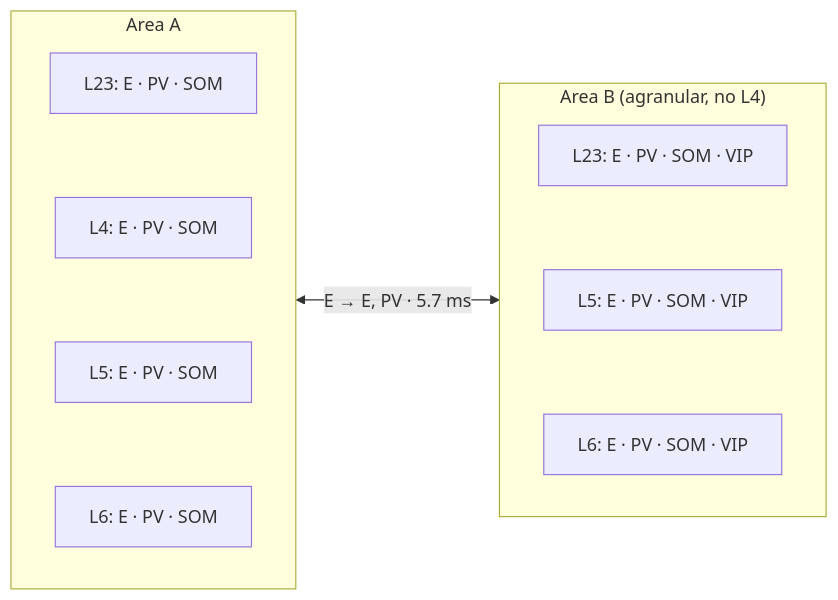
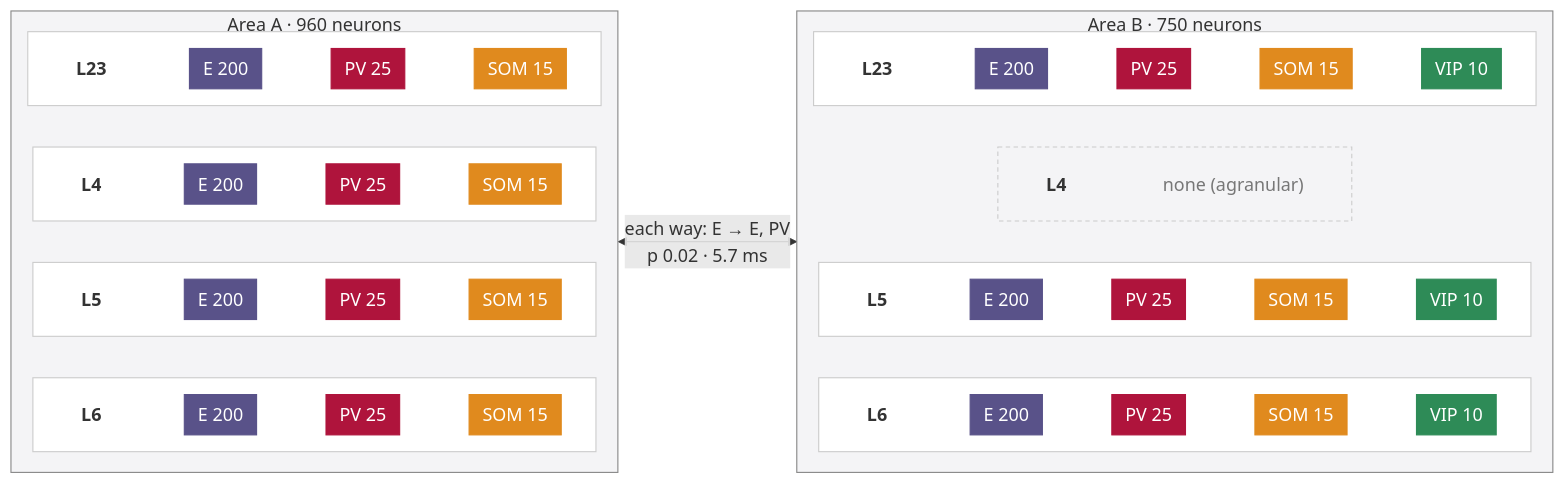
The diagram in builders/toy_two_areas/README.md (shimoura/microcircuit-lab), drawn with Mermaid before and after one commit. The commit also changed other lines of this file and 11 other files, not shown here.

Commit message:
two-area toy: clustered variant and a clearer diagram; raster labels fit the axis

````diff
--- a/builders/toy_two_areas/README.md
+++ b/builders/toy_two_areas/README.md
@@ -13,19 +14,61 @@
 ```mermaid
+%%{init: {"flowchart": {"nodeSpacing": 10, "rankSpacing": 12, "padding": 6, "wrappingWidth": 400}}}%%
 flowchart LR
-  subgraph A["Area A"]
+  subgraph A["Area A · 960 neurons"]
     direction TB
-    A23["L23: E · PV · SOM"]
-    A4["L4: E · PV · SOM"]
-    A5["L5: E · PV · SOM"]
-    A6["L6: E · PV · SOM"]
+    subgraph A23[" "]
+      direction LR
+      a23l["L23"]:::layer ~~~ a23e["E 200"]:::E ~~~ a23p["PV 25"]:::PV ~~~ a23s["SOM 15"]:::SOM
+    end
+    subgraph A4[" "]
+      direction LR
+      a4l["L4"]:::layer ~~~ a4e["E 200"]:::E ~~~ a4p["PV 25"]:::PV ~~~ a4s["SOM 15"]:::SOM
+    end
+    subgraph A5[" "]
+      direction LR
+      a5l["L5"]:::layer ~~~ a5e["E 200"]:::E ~~~ a5p["PV 25"]:::PV ~~~ a5s["SOM 15"]:::SOM
+    end
+    subgraph A6[" "]
+      direction LR
+      a6l["L6"]:::layer ~~~ a6e["E 200"]:::E ~~~ a6p["PV 25"]:::PV ~~~ a6s["SOM 15"]:::SOM
+    end
     A23 ~~~ A4 ~~~ A5 ~~~ A6
   end
-  subgraph B["Area B (agranular, no L4)"]
+  subgraph B["Area B · 750 neurons"]
     direction TB
-    B23["L23: E · PV · SOM · VIP"]
-    B5["L5: E · PV · SOM · VIP"]
-    B6["L6: E · PV · SOM · VIP"]
-    B23 ~~~ B5 ~~~ B6
+    subgraph B23[" "]
+      direction LR
+      b23l["L23"]:::layer ~~~ b23e["E 200"]:::E ~~~ b23p["PV 25"]:::PV ~~~ b23s["SOM 15"]:::SOM ~~~ b23v["VIP 10"]:::VIP
+    end
+    subgraph B4[" "]
+      direction LR
+      b4l["L4"]:::layer ~~~ b4x["none (agranular)"]:::none
+    end
+    subgraph B5[" "]
+      direction LR
+      b5l["L5"]:::layer ~~~ b5e["E 200"]:::E ~~~ b5p["PV 25"]:::PV ~~~ b5s["SOM 15"]:::SOM ~~~ b5v["VIP 10"]:::VIP
+    end
+    subgraph B6[" "]
+      direction LR
+      b6l["L6"]:::layer ~~~ b6e["E 200"]:::E ~~~ b6p["PV 25"]:::PV ~~~ b6s["SOM 15"]:::SOM ~~~ b6v["VIP 10"]:::VIP
+    end
+    B23 ~~~ B4 ~~~ B5 ~~~ B6
   end
-  A <-- "E → E, PV · 5.7 ms" --> B
+  A <-- "each way: E → E, PV<br>p 0.02 · 5.7 ms" --> B
+  classDef E fill:#595289,stroke:#595289,color:#fff
+  classDef PV fill:#af143c,stroke:#af143c,color:#fff
+  classDef SOM fill:#e08a1e,stroke:#e08a1e,color:#fff
+  classDef VIP fill:#2e8b57,stroke:#2e8b57,color:#fff
+  classDef none fill:none,stroke:none,color:#777
+  classDef layer fill:none,stroke:none,color:#333,font-weight:bold
+  style A fill:#f4f4f6,stroke:#888,color:#333
+  style B fill:#f4f4f6,stroke:#888,color:#333
+  style A23 fill:#fff,stroke:#ccc
+  style A4 fill:#fff,stroke:#ccc
+  style A5 fill:#fff,stroke:#ccc
+  style A6 fill:#fff,stroke:#ccc
+  style B23 fill:#fff,stroke:#ccc
+  style B4 fill:none,stroke:#ccc,stroke-dasharray:4 3
+  style B5 fill:#fff,stroke:#ccc
+  style B6 fill:#fff,stroke:#ccc
 ```
````
